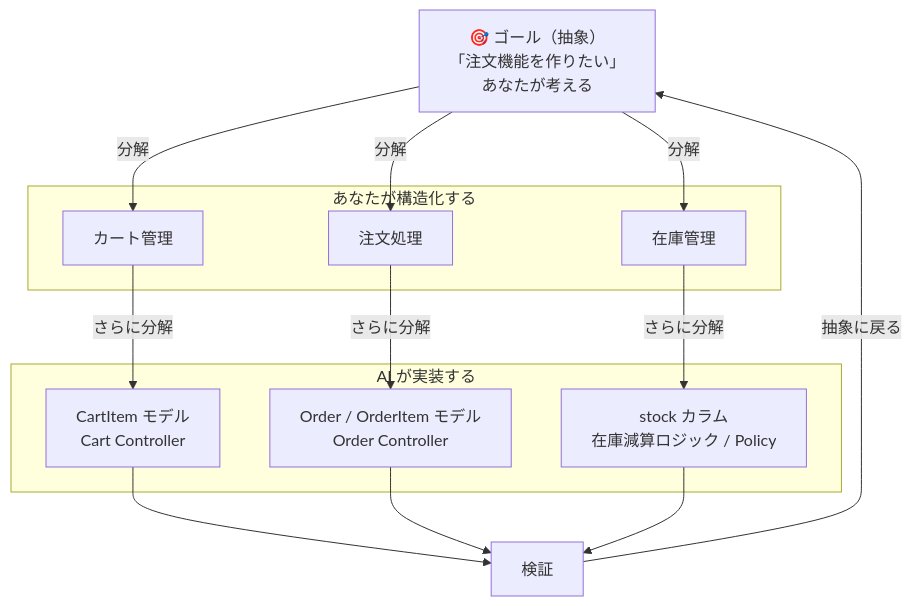
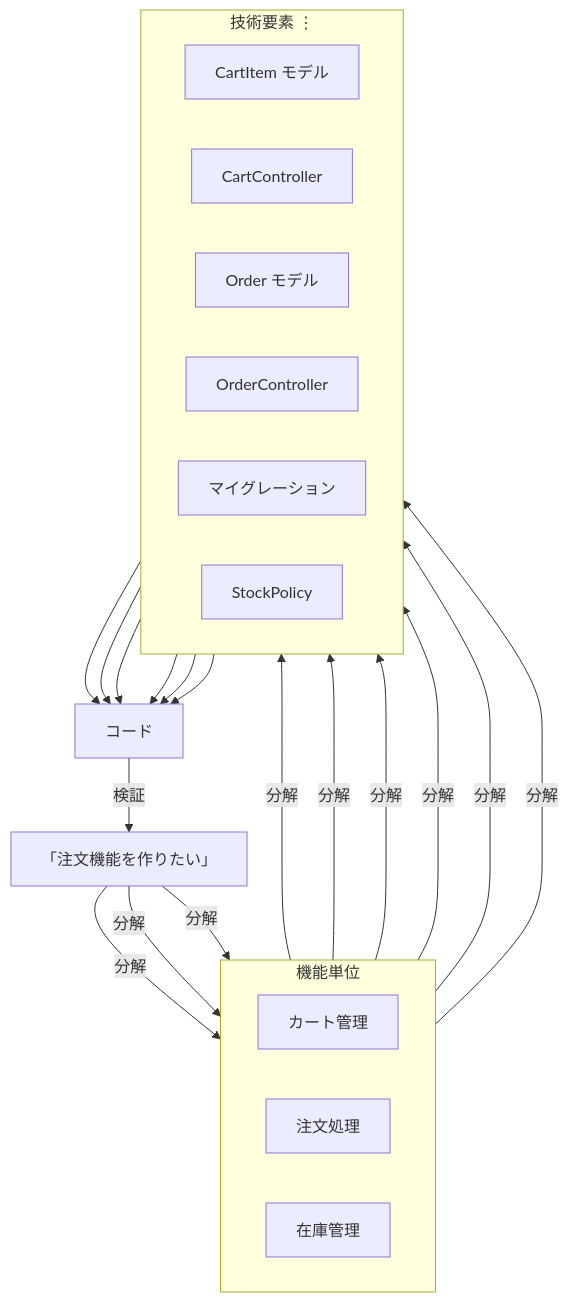
One commit to coachtech-material/pro-cc-guide changed the second of 2 diagrams in curriculums/part-01_はじめに/chapter-01_この教材について/1-1-1_なぜClaude Codeを使うのか.md. Above: the diagram before and after it, drawn with Mermaid. The commit also changed other lines of this file, not shown here.

Commit message:
1-1-1 具体と抽象のピラミッド図をブラッシュアップ（#1）
- Mermaid図をピラミッド形式（subgraph+direction LR）に変更し、階層的な分解構造を視覚化
- 図から役割ラベル（あなた/AI）を外し、委任レベルが可変であることをテキストで補足
- 技術要素にマイグレーション・Controller・Policyの具体名を明示

````diff
--- a/curriculums/part-01_はじめに/chapter-01_この教材について/1-1-1_なぜClaude Codeを使うのか.md
+++ b/curriculums/part-01_はじめに/chapter-01_この教材について/1-1-1_なぜClaude Codeを使うのか.md
@@ -117,28 +117,29 @@
 ```mermaid
 flowchart TD
-    Goal["🎯 ゴール（抽象）<br>「注文機能を作りたい」<br>あなたが考える"]
-    Goal -->|分解| Cart[カート管理]
-    Goal -->|分解| Order[注文処理]
-    Goal -->|分解| Stock[在庫管理]
+    Goal["「注文機能を作りたい」"]
 
-    subgraph あなたが構造化する
-        Cart
-        Order
-        Stock
+    subgraph func["機能単位"]
+        direction LR
+        F1["カート管理"]
+        F2["注文処理"]
+        F3["在庫管理"]
     end
 
-    Cart -->|さらに分解| CartImpl["CartItem モデル<br>Cart Controller"]
-    Order -->|さらに分解| OrderImpl["Order / OrderItem モデル<br>Order Controller"]
-    Stock -->|さらに分解| StockImpl["stock カラム<br>在庫減算ロジック / Policy"]
-
-    subgraph AI が実装する
-        CartImpl
-        OrderImpl
-        StockImpl
+    subgraph tech["技術要素 ⋮"]
+        direction LR
+        T1["CartItem モデル"]
+        T2["CartController"]
+        T3["Order モデル"]
+        T4["OrderController"]
+        T5["マイグレーション"]
+        T6["StockPolicy"]
     end
 
-    CartImpl --> Verify[検証]
-    OrderImpl --> Verify
-    StockImpl --> Verify
-    Verify -->|抽象に戻る| Goal
+    Goal -->|分解| F1 & F2 & F3
+    F1 -->|分解| T1 & T2
+    F2 -->|分解| T3 & T4
+    F3 -->|分解| T5 & T6
+
+    T1 & T2 & T3 & T4 & T5 & T6 --> Code["コード"]
+    Code -->|検証| Goal
 ```
````
